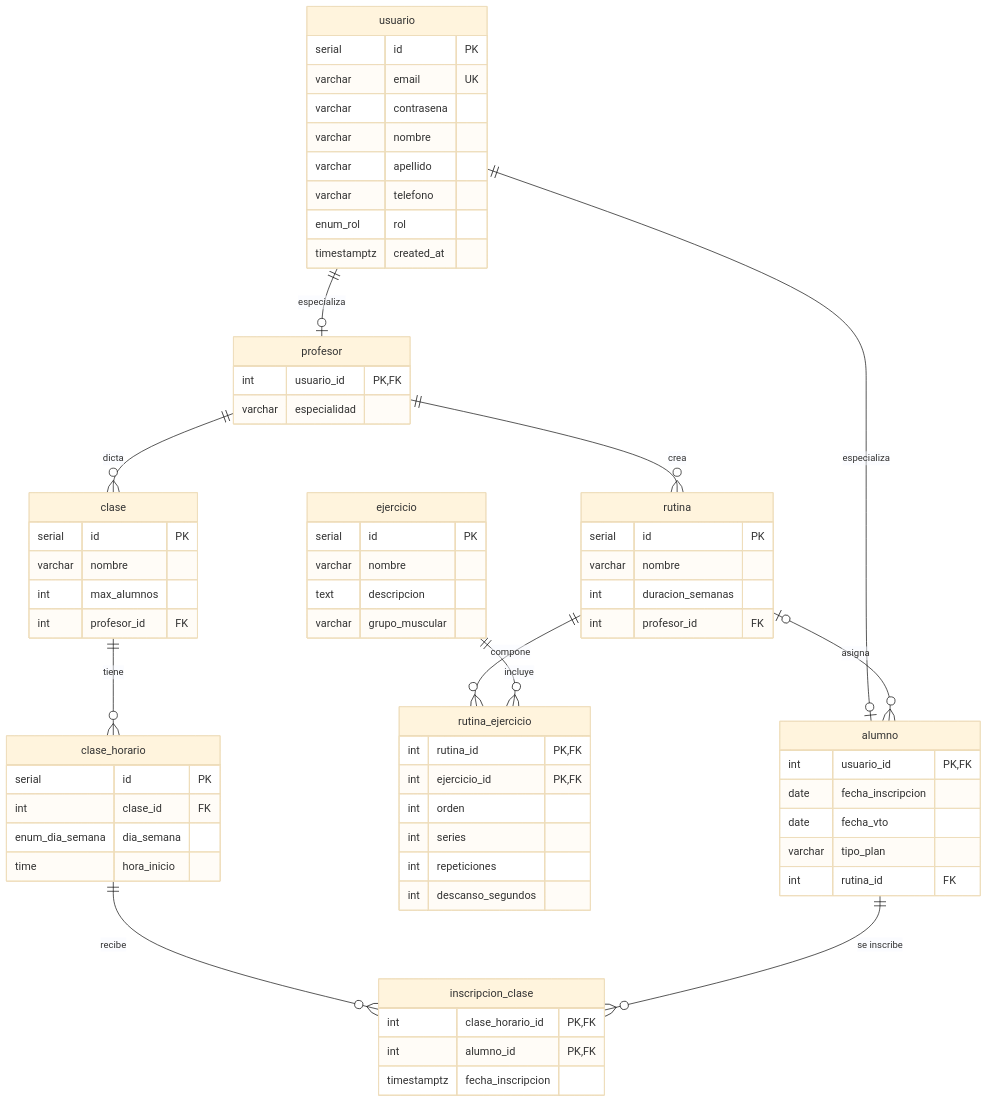
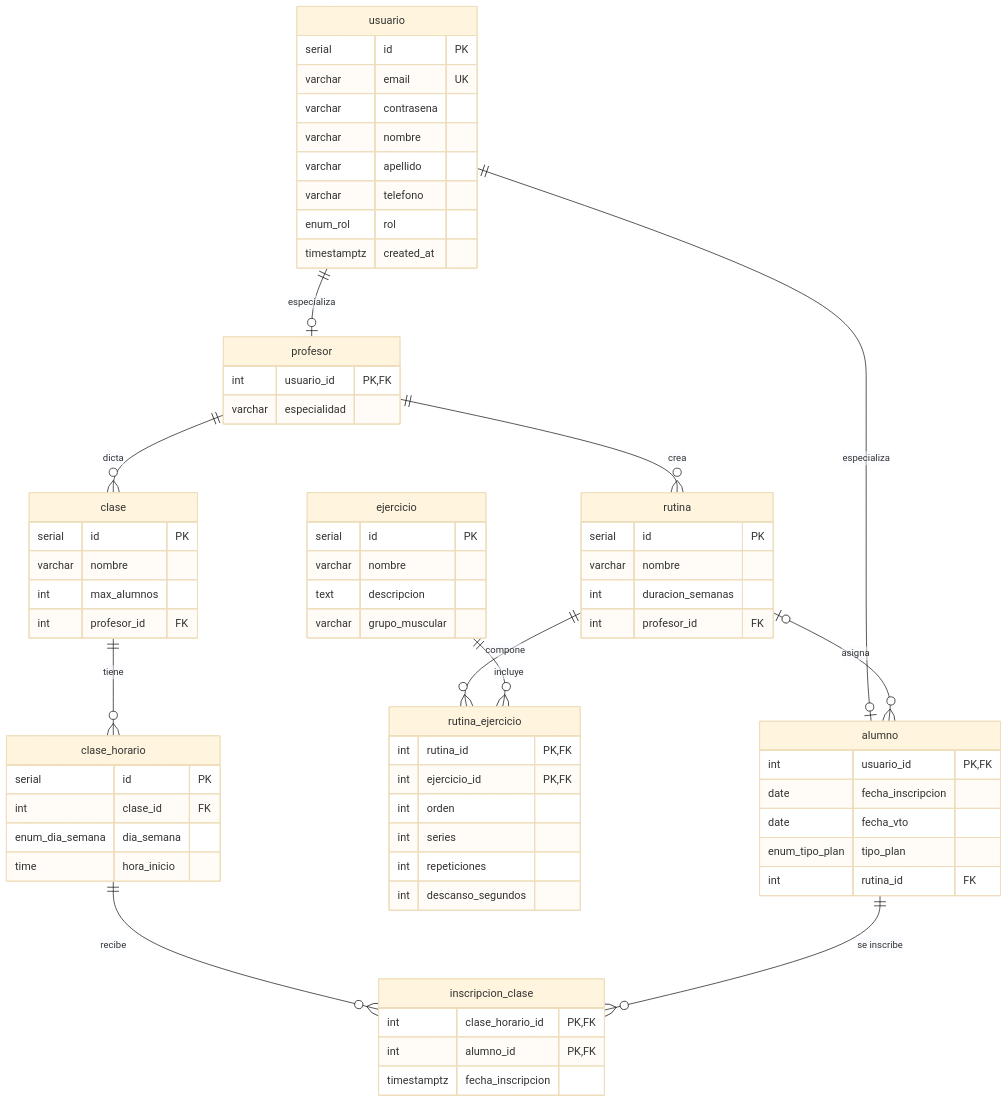
Before and after one commit to MateoGarrido13/gym-website: the diagram in README.md, drawn with Mermaid (base theme). The commit also changed other lines of this file and 16 other files, not shown here.

Commit message:
feat(alumno:tipo_plan): se crea el tipo enum de tipo_plan, cambia el tipo de campo en el form html

````diff
--- a/README.md
+++ b/README.md
@@ -62,80 +62,80 @@
 ```mermaid
 erDiagram
     usuario ||--o| profesor : "especializa"
     usuario ||--o| alumno : "especializa"
     profesor ||--o{ rutina : "crea"
     profesor ||--o{ clase : "dicta"
     rutina |o--o{ alumno : "asigna"
     rutina ||--o{ rutina_ejercicio : "compone"
     ejercicio ||--o{ rutina_ejercicio : "incluye"
     clase ||--o{ clase_horario : "tiene"
     clase_horario ||--o{ inscripcion_clase : "recibe"
     alumno ||--o{ inscripcion_clase : "se inscribe"
 
     usuario {
         serial id PK
         varchar email UK
         varchar contrasena
         varchar nombre
         varchar apellido
         varchar telefono
         enum_rol rol
         timestamptz created_at
     }
 
     profesor {
         int usuario_id PK,FK
         varchar especialidad
     }
 
     alumno {
         int usuario_id PK,FK
         date fecha_inscripcion
         date fecha_vto
-        varchar tipo_plan
+        enum_tipo_plan tipo_plan
         int rutina_id FK
     }
 
     ejercicio {
         serial id PK
         varchar nombre
         text descripcion
         varchar grupo_muscular
     }
 
     rutina {
         serial id PK
         varchar nombre
         int duracion_semanas
         int profesor_id FK
     }
 
     rutina_ejercicio {
         int rutina_id PK,FK
         int ejercicio_id PK,FK
         int orden
         int series
         int repeticiones
         int descanso_segundos
     }
 
     clase {
         serial id PK
         varchar nombre
         int max_alumnos
         int profesor_id FK
     }
 
     clase_horario {
         serial id PK
         int clase_id FK
         enum_dia_semana dia_semana
         time hora_inicio
     }
 
     inscripcion_clase {
         int clase_horario_id PK,FK
         int alumno_id PK,FK
         timestamptz fecha_inscripcion
     }
 ```
````
